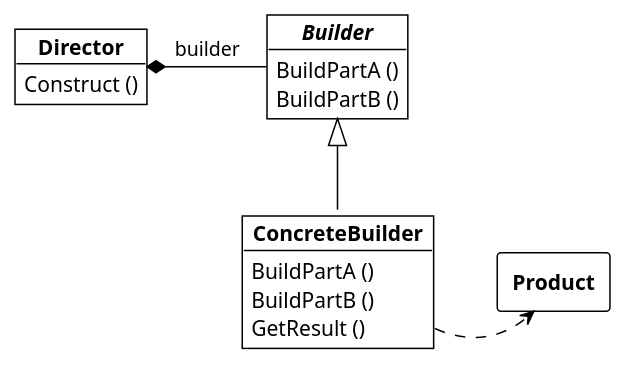
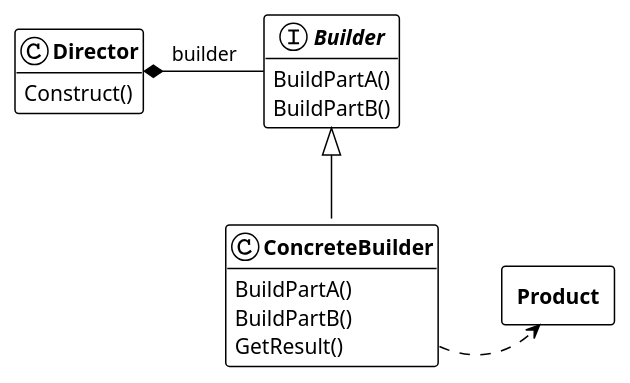
Before and after one commit to dst80/design-patterns: the first of 2 diagrams in creational_patterns/builder/builder.md, drawn with PlantUML. The commit also changed other lines of this file and 10 other files, not shown here.

````diff
--- a/creational_patterns/builder/builder.md
+++ b/creational_patterns/builder/builder.md
@@ -7,26 +7,27 @@
 ```plantuml
 @startuml simple_builder
 !theme plain
-object "**Director**" as Director {
-    Construct ()
+hide fields
+class "**Director**" as Director {
+    Construct()
 }
 
-object "//**Builder**//" as Builder {
-    BuildPartA ()
-    BuildPartB ()
+interface "**Builder**" as Builder {
+    BuildPartA()
+    BuildPartB()
 }
 
-object "**ConcreteBuilder**" as ConcreteBuilder {
-    BuildPartA ()
-    BuildPartB ()
-    GetResult ()
+class "**ConcreteBuilder**" as ConcreteBuilder {
+    BuildPartA()
+    BuildPartB()
+    GetResult()
 }
 
 rectangle "**Product**" as Product {
 }
 
 Director *---r Builder : builder
 Builder <|-- ConcreteBuilder
 ConcreteBuilder::GetResult -r..> Product
 @enduml
 ```
````
